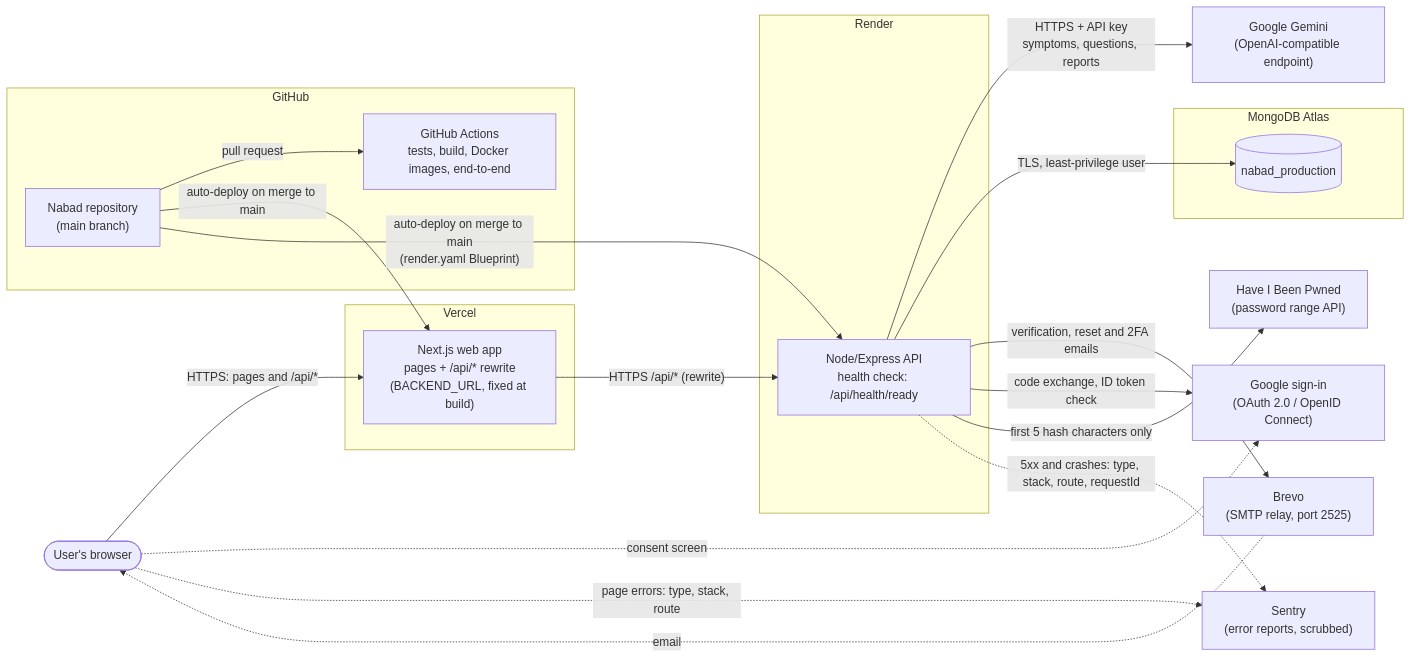
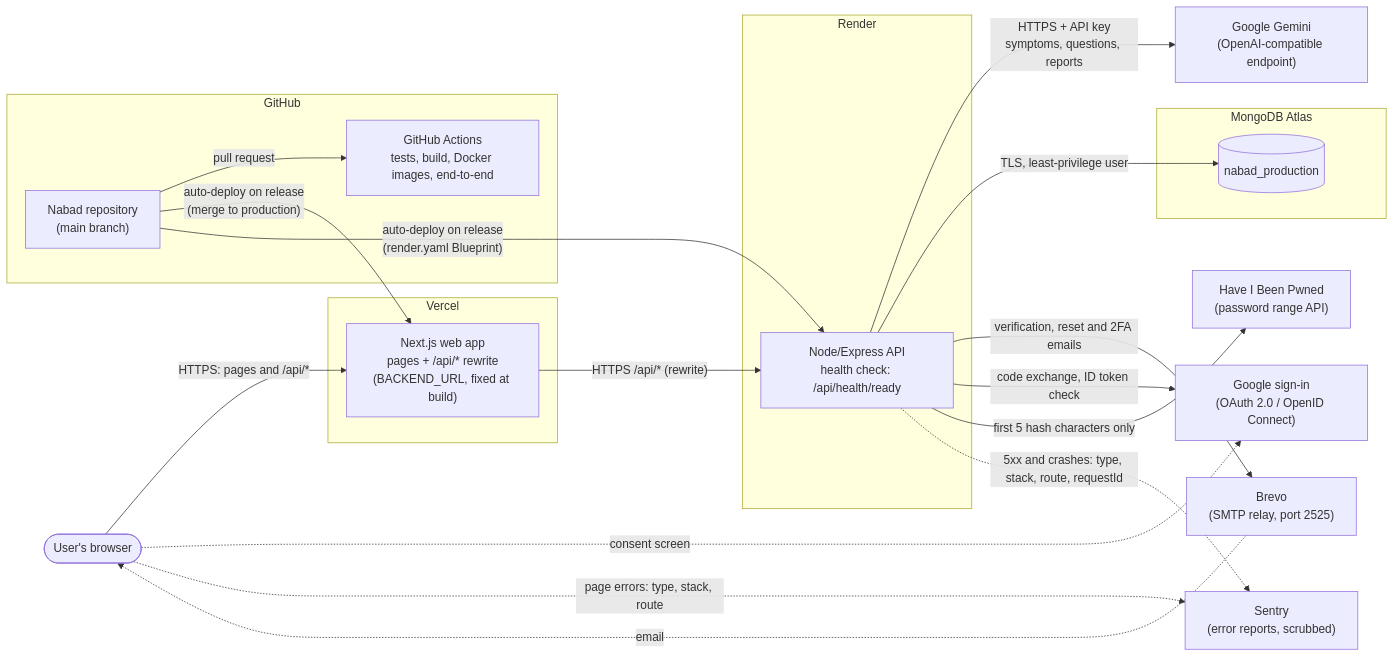
The first of 3 diagrams in docs/architecture.md (Nabad-team/Nabad), drawn with Mermaid before and after one commit. The commit also changed other lines of this file and 19 other files, not shown here.

````diff
--- a/docs/architecture.md
+++ b/docs/architecture.md
@@ -13,44 +16,44 @@
 ```mermaid
 flowchart LR
     user(["User's browser"])
 
     subgraph vercel["Vercel"]
         next["Next.js web app<br/>pages + /api/* rewrite<br/>(BACKEND_URL, fixed at build)"]
     end
 
     subgraph render["Render"]
         api["Node/Express API<br/>health check: /api/health/ready"]
     end
 
     gemini["Google Gemini<br/>(OpenAI-compatible endpoint)"]
 
     subgraph atlas["MongoDB Atlas"]
         db[("nabad_production")]
     end
 
     brevo["Brevo<br/>(SMTP relay, port 2525)"]
     google["Google sign-in<br/>(OAuth 2.0 / OpenID Connect)"]
     hibp["Have I Been Pwned<br/>(password range API)"]
     sentry["Sentry<br/>(error reports, scrubbed)"]
 
     subgraph github["GitHub"]
         repo["Nabad repository<br/>(main branch)"]
         ci["GitHub Actions<br/>tests, build, Docker images, end-to-end"]
     end
 
     user -- "HTTPS: pages and /api/*" --> next
     next -- "HTTPS /api/* (rewrite)" --> api
     api -- "HTTPS + API key<br/>symptoms, questions, reports" --> gemini
     api -- "TLS, least-privilege user" --> db
     api -- "verification, reset and 2FA emails" --> brevo
     brevo -. "email" .-> user
     user -. "consent screen" .-> google
     api -- "code exchange, ID token check" --> google
     api -- "first 5 hash characters only" --> hibp
     api -. "5xx and crashes: type, stack, route, requestId" .-> sentry
     user -. "page errors: type, stack, route" .-> sentry
 
     repo -- "pull request" --> ci
-    repo -- "auto-deploy on merge to main" --> next
-    repo -- "auto-deploy on merge to main<br/>(render.yaml Blueprint)" --> api
+    repo -- "auto-deploy on release<br/>(merge to production)" --> next
+    repo -- "auto-deploy on release<br/>(render.yaml Blueprint)" --> api
 ```
````
